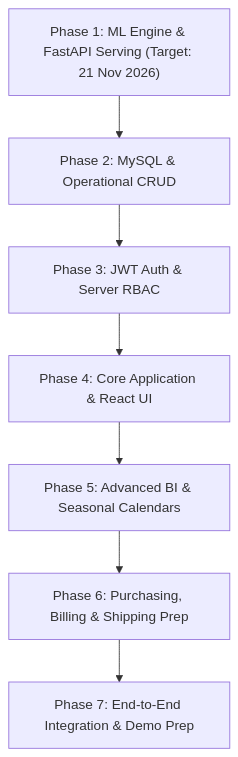
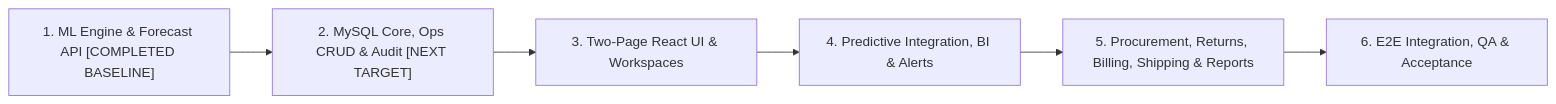
The diagram in AGENTS.md (Lalith-Manohar/LLM-Project1), drawn with Mermaid before and after one commit. The commit also changed other lines of this file, not shown here.

````diff
--- a/AGENTS.md
+++ b/AGENTS.md
@@ -237,9 +248,8 @@
 ```mermaid
-flowchart TD
-    P1["Phase 1: ML Engine & FastAPI Serving (Target: 21 Nov 2026)"] --> P2["Phase 2: MySQL & Operational CRUD"]
-    P2 --> P3["Phase 3: JWT Auth & Server RBAC"]
-    P3 --> P4["Phase 4: Core Application & React UI"]
-    P4 --> P5["Phase 5: Advanced BI & Seasonal Calendars"]
-    P5 --> P6["Phase 6: Purchasing, Billing & Shipping Prep"]
-    P6 --> P7["Phase 7: End-to-End Integration & Demo Prep"]
+flowchart LR
+    P1["1. ML Engine & Forecast API [COMPLETED BASELINE]"] --> P2["2. MySQL Core, Ops CRUD & Audit [NEXT TARGET]"]
+    P2 --> P3["3. Two-Page React UI & Workspaces"]
+    P3 --> P4["4. Predictive Integration, BI & Alerts"]
+    P4 --> P5["5. Procurement, Returns, Billing, Shipping & Reports"]
+    P5 --> P6["6. E2E Integration, QA & Acceptance"]
 ```
````
